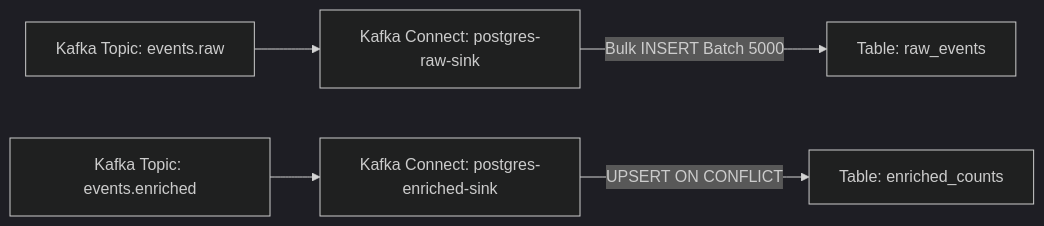
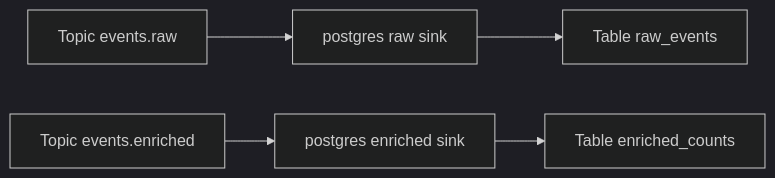
One commit to Chief-Strategist-J/messaging-pipeline changed the third of 4 diagrams in README.md. Above: the diagram before and after it, drawn with Mermaid (dark theme). The commit also changed other lines of this file, not shown here.

Commit message:
docs: overhaul README with in-depth technical details, ASCII visual architecture diagrams, and universal graph LR blocks

````diff
--- a/README.md
+++ b/README.md
@@ -82,14 +169,7 @@
 ```mermaid
-flowchart LR
-    TopicRaw["Kafka Topic: events.raw"]
-    TopicEnriched["Kafka Topic: events.enriched"]
-    RawSink["Kafka Connect: postgres-raw-sink"]
-    EnrichedSink["Kafka Connect: postgres-enriched-sink"]
-    RawTable["Table: raw_events"]
-    EnrichedTable["Table: enriched_counts"]
-
-    TopicRaw --> RawSink
-    RawSink -->|Bulk INSERT Batch 5000| RawTable
-    TopicEnriched --> EnrichedSink
-    EnrichedSink -->|UPSERT ON CONFLICT| EnrichedTable
+graph LR
+    TRaw[Topic events.raw] --> SinkRaw[postgres raw sink]
+    TEnriched[Topic events.enriched] --> SinkEnriched[postgres enriched sink]
+    SinkRaw --> TblRaw[Table raw_events]
+    SinkEnriched --> TblEnriched[Table enriched_counts]
 ```
````
